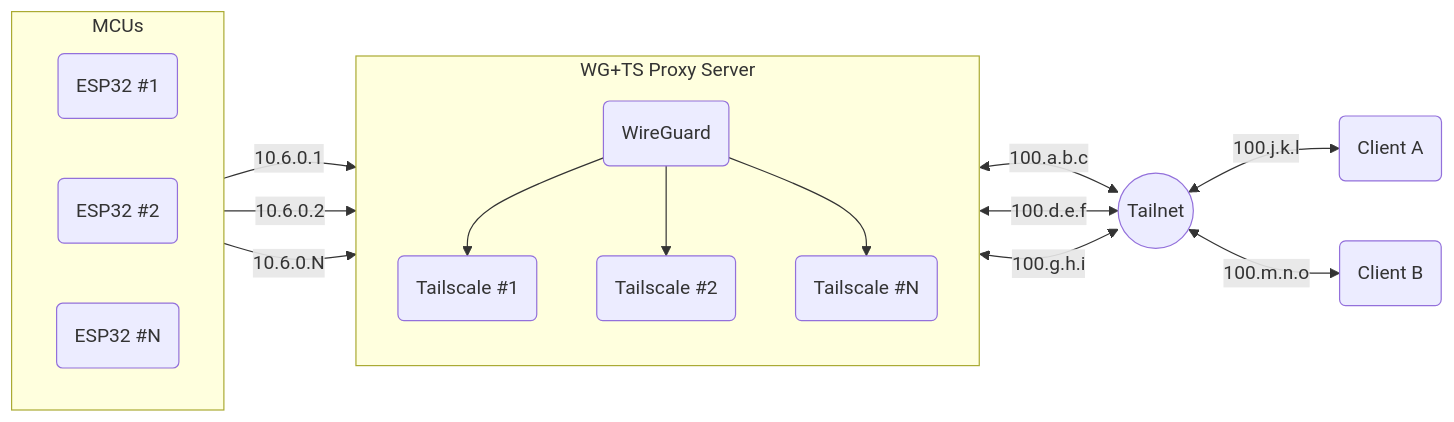
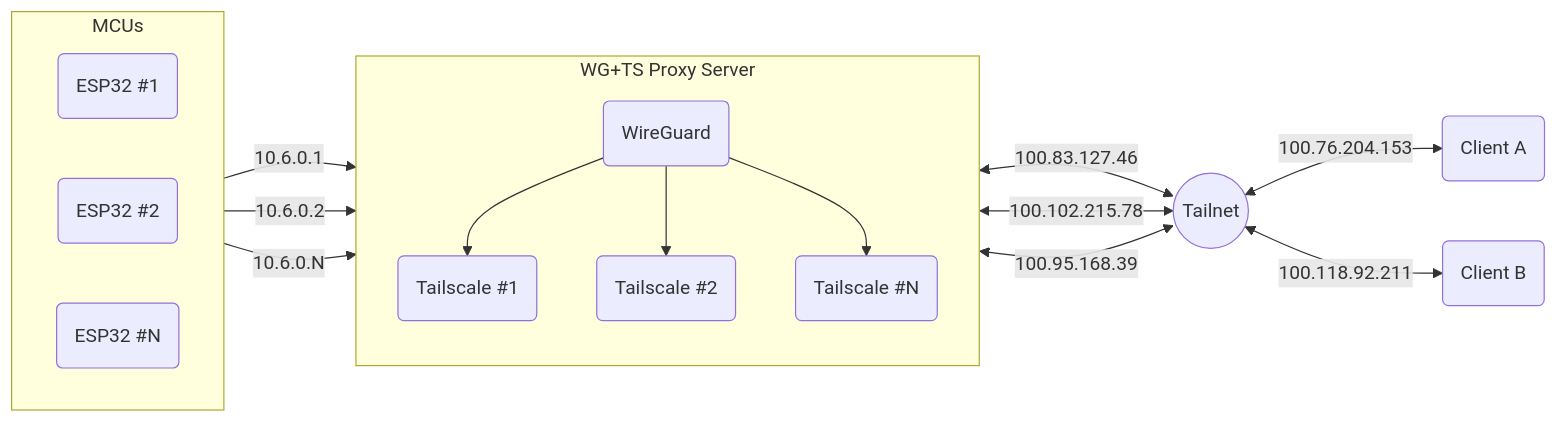
Before and after one commit to pierrejay/esp32-tailbridge: the diagram in README.md, drawn with Mermaid.

Commit message:
Continue

````diff
--- a/README.md
+++ b/README.md
@@ -22,45 +22,45 @@
 ```mermaid
 graph LR
     %% Regroupement des dispositifs ESP32
     subgraph ESP32 [MCUs]
       direction LR
       ESP1(ESP32 #1)
       ESP2(ESP32 #2)
       ESPX(ESP32 #N)
     end
 
     %% Serveur Proxy hébergeant les instances Tailscale
     subgraph PROXY [WG+TS Proxy Server]
       direction TB
       WG(WireGuard)
       TS1(Tailscale #1)
       TS2(Tailscale #2)
       TSX(Tailscale #N)
     end
 
     %% Noeud central Tailnet
     TAILNET((Tailnet))
 
     %% Regroupement des clients Tailscale
       CLIENTA(Client A)
       CLIENTB(Client B)
 
     %% Connexions ESP32 vers WireGuard
     ESP1 -->|10.6.0.1| WG
     ESP2 -->|10.6.0.2| WG
     ESPX -->|10.6.0.N| WG
 
     %% Connexions du serveur WireGuard vers les instances Tailscale
     WG --> TS1
     WG --> TS2
     WG --> TSX
 
     %% Connexions des instances Tailscale vers Tailnet
-    TS1 <-->|100.a.b.c| TAILNET
-    TS2 <-->|100.d.e.f| TAILNET
-    TSX <-->|100.g.h.i| TAILNET
+    TS1 <-->|100.83.127.46| TAILNET
+    TS2 <-->|100.102.215.78| TAILNET
+    TSX <-->|100.95.168.39| TAILNET
 
     %% Connexions des clients vers Tailnet
-    TAILNET <-->|100.j.k.l| CLIENTA 
-    TAILNET <-->|100.m.n.o| CLIENTB
+    TAILNET <-->|100.76.204.153| CLIENTA 
+    TAILNET <-->|100.118.92.211| CLIENTB
 ```
````
